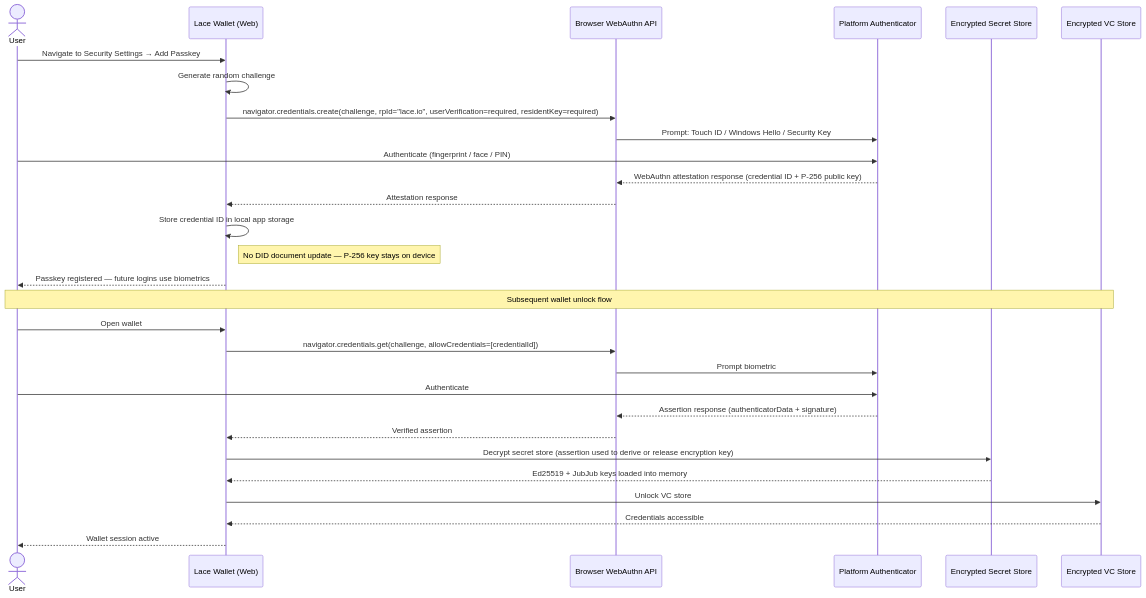
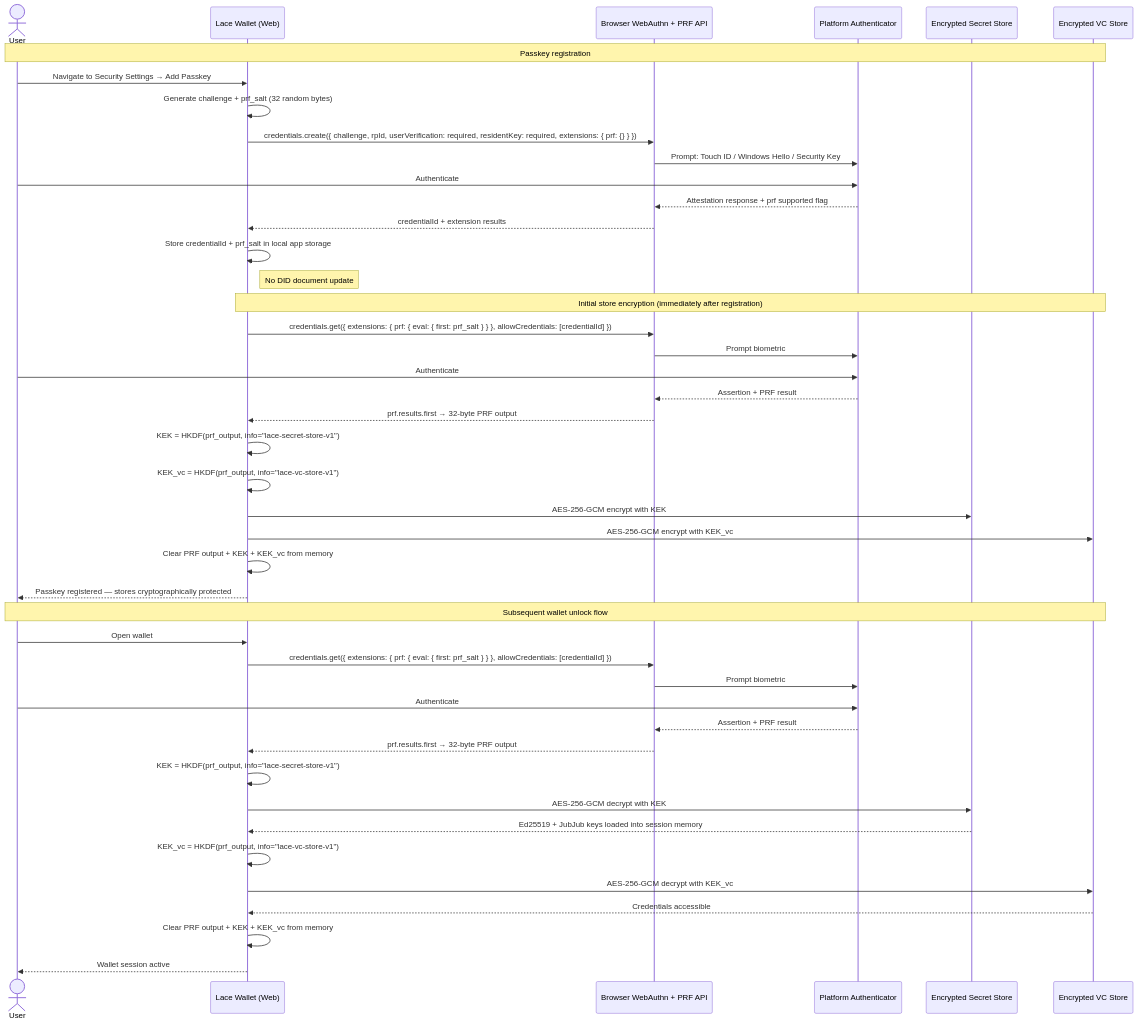
Before and after one commit to midnightntwrk/midnight-did: the fifth of 15 diagrams in research/lace-wallet-midnight-dapp-brd-frd.md, drawn with Mermaid. The commit also changed other lines of this file, not shown here.

First line of the commit message:
docs(research): add cryptographic store unlock detail to UC-2 passkey flow

````diff
--- a/research/lace-wallet-midnight-dapp-brd-frd.md
+++ b/research/lace-wallet-midnight-dapp-brd-frd.md
@@ -308,33 +317,49 @@
 ```mermaid
 sequenceDiagram
     actor User
     participant Wallet as Lace Wallet (Web)
-    participant Browser as Browser WebAuthn API
+    participant Browser as Browser WebAuthn + PRF API
     participant Biometric as Platform Authenticator
     participant SecretStore as Encrypted Secret Store
     participant VCStore as Encrypted VC Store
 
+    Note over User,VCStore: Passkey registration
     User->>Wallet: Navigate to Security Settings → Add Passkey
-    Wallet->>Wallet: Generate random challenge
-    Wallet->>Browser: navigator.credentials.create(challenge, rpId="lace.io", userVerification=required, residentKey=required)
+    Wallet->>Wallet: Generate challenge + prf_salt (32 random bytes)
+    Wallet->>Browser: credentials.create({ challenge, rpId, userVerification: required, residentKey: required, extensions: { prf: {} } })
     Browser->>Biometric: Prompt: Touch ID / Windows Hello / Security Key
-    User->>Biometric: Authenticate (fingerprint / face / PIN)
-    Biometric-->>Browser: WebAuthn attestation response (credential ID + P-256 public key)
-    Browser-->>Wallet: Attestation response
-    Wallet->>Wallet: Store credential ID in local app storage
-    Note right of Wallet: No DID document update — P-256 key stays on device
-    Wallet-->>User: Passkey registered — future logins use biometrics
+    User->>Biometric: Authenticate
+    Biometric-->>Browser: Attestation response + prf supported flag
+    Browser-->>Wallet: credentialId + extension results
+    Wallet->>Wallet: Store credentialId + prf_salt in local app storage
+    Note right of Wallet: No DID document update
+
+    Note over Wallet,VCStore: Initial store encryption (immediately after registration)
+    Wallet->>Browser: credentials.get({ extensions: { prf: { eval: { first: prf_salt } } }, allowCredentials: [credentialId] })
+    Browser->>Biometric: Prompt biometric
+    User->>Biometric: Authenticate
+    Biometric-->>Browser: Assertion + PRF result
+    Browser-->>Wallet: prf.results.first → 32-byte PRF output
+    Wallet->>Wallet: KEK    = HKDF(prf_output, info="lace-secret-store-v1")
+    Wallet->>Wallet: KEK_vc = HKDF(prf_output, info="lace-vc-store-v1")
+    Wallet->>SecretStore: AES-256-GCM encrypt with KEK
+    Wallet->>VCStore: AES-256-GCM encrypt with KEK_vc
+    Wallet->>Wallet: Clear PRF output + KEK + KEK_vc from memory
+    Wallet-->>User: Passkey registered — stores cryptographically protected
 
     Note over User,VCStore: Subsequent wallet unlock flow
     User->>Wallet: Open wallet
-    Wallet->>Browser: navigator.credentials.get(challenge, allowCredentials=[credentialId])
+    Wallet->>Browser: credentials.get({ extensions: { prf: { eval: { first: prf_salt } } }, allowCredentials: [credentialId] })
     Browser->>Biometric: Prompt biometric
     User->>Biometric: Authenticate
-    Biometric-->>Browser: Assertion response (authenticatorData + signature)
-    Browser-->>Wallet: Verified assertion
-    Wallet->>SecretStore: Decrypt secret store (assertion used to derive or release encryption key)
-    SecretStore-->>Wallet: Ed25519 + JubJub keys loaded into memory
-    Wallet->>VCStore: Unlock VC store
+    Biometric-->>Browser: Assertion + PRF result
+    Browser-->>Wallet: prf.results.first → 32-byte PRF output
+    Wallet->>Wallet: KEK    = HKDF(prf_output, info="lace-secret-store-v1")
+    Wallet->>SecretStore: AES-256-GCM decrypt with KEK
+    SecretStore-->>Wallet: Ed25519 + JubJub keys loaded into session memory
+    Wallet->>Wallet: KEK_vc = HKDF(prf_output, info="lace-vc-store-v1")
+    Wallet->>VCStore: AES-256-GCM decrypt with KEK_vc
     VCStore-->>Wallet: Credentials accessible
+    Wallet->>Wallet: Clear PRF output + KEK + KEK_vc from memory
     Wallet-->>User: Wallet session active
 ```
````
